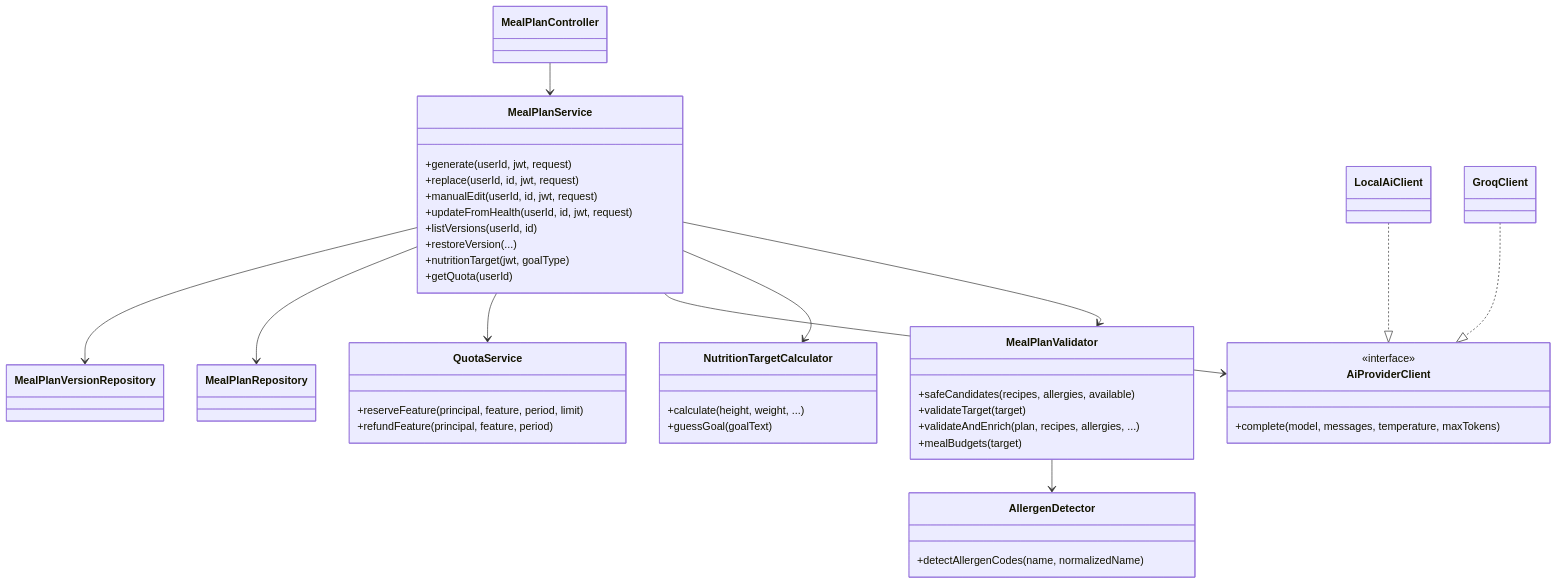
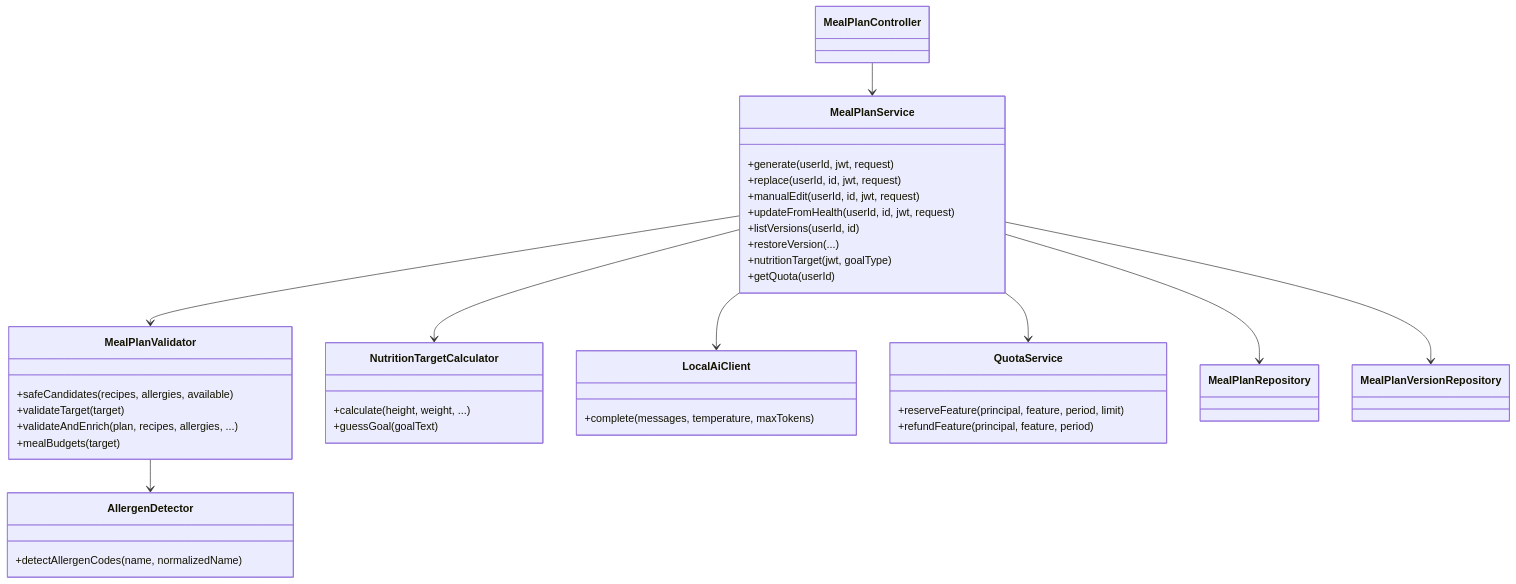
Before and after one commit to Phu0312/VeggiePal-Microservice: diagram 23 of 32 in docs/REPORT7_FINAL_PROJECT_REPORT.md, drawn with Mermaid. The commit also changed other lines of this file and 14 other files, not shown here.

````diff
--- a/docs/REPORT7_FINAL_PROJECT_REPORT.md
+++ b/docs/REPORT7_FINAL_PROJECT_REPORT.md
@@ -2158,49 +2128,44 @@
 ```mermaid
 classDiagram
     class MealPlanController
     class MealPlanService {
         +generate(userId, jwt, request)
         +replace(userId, id, jwt, request)
         +manualEdit(userId, id, jwt, request)
         +updateFromHealth(userId, id, jwt, request)
         +listVersions(userId, id)
         +restoreVersion(...)
         +nutritionTarget(jwt, goalType)
         +getQuota(userId)
     }
     class MealPlanValidator {
         +safeCandidates(recipes, allergies, available)
         +validateTarget(target)
         +validateAndEnrich(plan, recipes, allergies, ...)
         +mealBudgets(target)
     }
     class AllergenDetector {
         +detectAllergenCodes(name, normalizedName)
     }
     class NutritionTargetCalculator {
         +calculate(height, weight, ...)
         +guessGoal(goalText)
     }
-    class AiProviderClient {
-        <<interface>>
-        +complete(model, messages, temperature, maxTokens)
+    class LocalAiClient {
+        +complete(messages, temperature, maxTokens)
     }
-    class LocalAiClient
-    class GroqClient
     class QuotaService {
         +reserveFeature(principal, feature, period, limit)
         +refundFeature(principal, feature, period)
     }
     class MealPlanRepository
     class MealPlanVersionRepository
     MealPlanController --> MealPlanService
     MealPlanService --> MealPlanValidator
     MealPlanService --> NutritionTargetCalculator
-    MealPlanService --> AiProviderClient
-    LocalAiClient ..|> AiProviderClient
-    GroqClient ..|> AiProviderClient
+    MealPlanService --> LocalAiClient
     MealPlanService --> QuotaService
     MealPlanService --> MealPlanRepository
     MealPlanService --> MealPlanVersionRepository
     MealPlanValidator --> AllergenDetector
 ```
````
